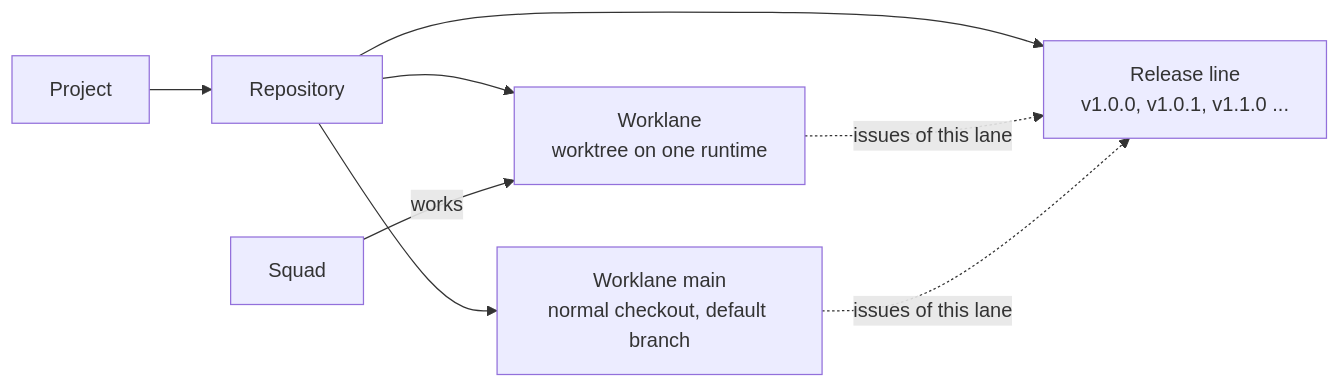
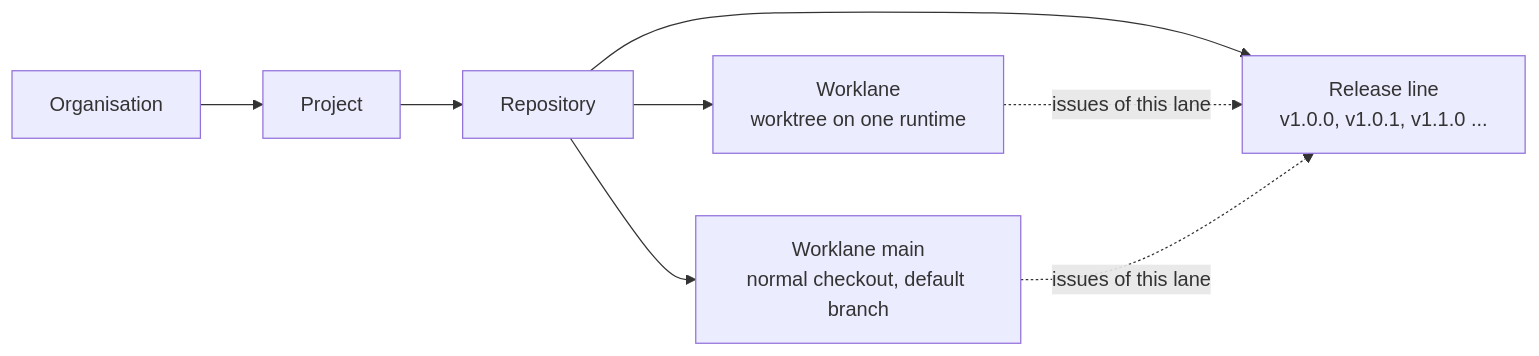
The diagram in designs/creation-flows.md (appboypov/multica), drawn with Mermaid before and after one commit. The commit also changed other lines of this file and 78 other files, not shown here.

````diff
--- a/designs/creation-flows.md
+++ b/designs/creation-flows.md
@@ -14,10 +14,10 @@
 ```mermaid
 flowchart LR
-  P[Project] --> R[Repository]
+  O[Organisation] --> P[Project]
+  P --> R[Repository]
   R --> M["Worklane main<br/>normal checkout, default branch"]
   R --> L["Worklane<br/>worktree on one runtime"]
   R --> V["Release line<br/>v1.0.0, v1.0.1, v1.1.0 ..."]
   L -. issues of this lane .-> V
   M -. issues of this lane .-> V
-  S[Squad] -- works --> L
 ```
````
